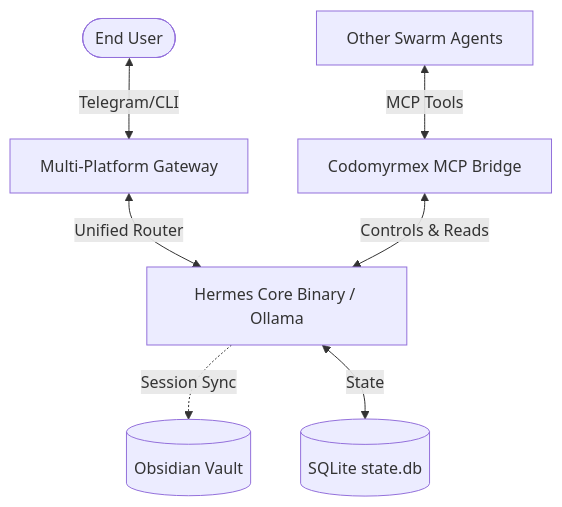
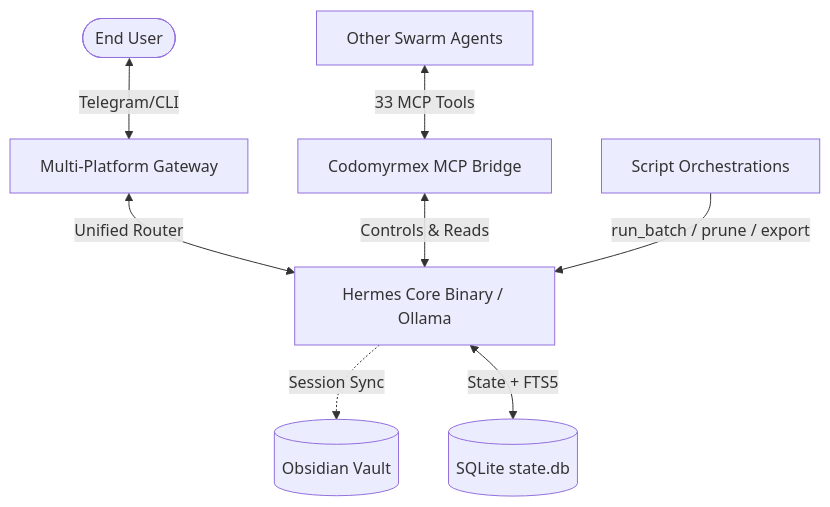
One commit to docxology/codomyrmex changed the first of 4 diagrams in docs/agents/hermes/codomyrmex_integration.md. Above: the diagram before and after it, drawn with Mermaid. The commit also changed other lines of this file and 22 other files, not shown here.

````diff
--- a/docs/agents/hermes/codomyrmex_integration.md
+++ b/docs/agents/hermes/codomyrmex_integration.md
@@ -6,9 +6,10 @@
 ```mermaid
 graph TD
     User([End User]) <--> |Telegram/CLI| Gateway[Multi-Platform Gateway]
     Gateway <--> |Unified Router| HermesCore[Hermes Core Binary / Ollama]
-    Agent[Other Swarm Agents] <--> |MCP Tools| CodomyrmexBridge[Codomyrmex MCP Bridge]
+    Agent[Other Swarm Agents] <--> |33 MCP Tools| CodomyrmexBridge[Codomyrmex MCP Bridge]
     CodomyrmexBridge <--> |Controls & Reads| HermesCore
     HermesCore -.-> |Session Sync| LocalVault[(Obsidian Vault)]
-    HermesCore <--> |State| SQLite[(SQLite state.db)]
+    HermesCore <--> |State + FTS5| SQLite[(SQLite state.db)]
+    Scripts[Script Orchestrations] --> |run_batch / prune / export| HermesCore
 ```
````
